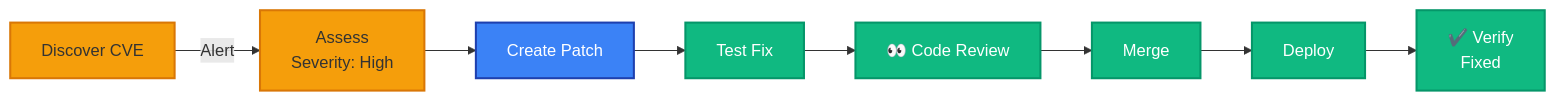
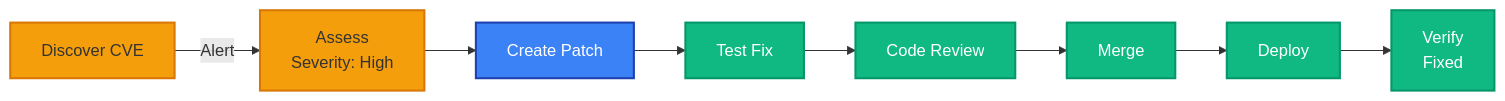
Before and after one commit to Aries-Serpent/_codex_: the second of 2 diagrams in docs/security/SECURITY_ARCHITECTURE.md, drawn with Mermaid. The commit also changed other lines of this file and 4117 other files, not shown here.

````diff
--- a/docs/security/SECURITY_ARCHITECTURE.md
+++ b/docs/security/SECURITY_ARCHITECTURE.md
@@ -223,19 +240,26 @@
 ```mermaid
 graph LR
-    Discover[" Discover CVE"] -->|"Alert"| Assess[" Assess<br/>Severity: High"]
-    Assess --> Patch[" Create Patch"]
-    Patch --> Test[" Test Fix"]
-    Test --> Review["👀 Code Review"]
-    Review --> Merge[" Merge"]
-    Merge --> Deploy[" Deploy"]
-    Deploy --> Verify["✔️ Verify<br/>Fixed"]
 
-    style Discover fill:#f59e0b,stroke:#d97706,stroke-width:2px
-    style Assess fill:#f59e0b,stroke:#d97706,stroke-width:2px
-    style Patch fill:#3b82f6,stroke:#1e40af,stroke-width:2px,color:#fff
-    style Test fill:#10b981,stroke:#059669,stroke-width:2px,color:#fff
-    style Review fill:#10b981,stroke:#059669,stroke-width:2px,color:#fff
-    style Merge fill:#10b981,stroke:#059669,stroke-width:2px,color:#fff
-    style Deploy fill:#10b981,stroke:#059669,stroke-width:2px,color:#fff
-    style Verify fill:#10b981,stroke:#059669,stroke-width:2px,color:#fff
+ Discover[" Discover CVE"] -->|"Alert"| Assess[" Assess<br/>Severity: High"]
+
+ Assess --> Patch[" Create Patch"]
+
+ Patch --> Test[" Test Fix"]
+
+ Test --> Review[" Code Review"]
+
+ Review --> Merge[" Merge"]
+
+ Merge --> Deploy[" Deploy"]
+
+ Deploy --> Verify[" Verify<br/>Fixed"]
+
+ style Discover fill:#f59e0b,stroke:#d97706,stroke-width:2px
+ style Assess fill:#f59e0b,stroke:#d97706,stroke-width:2px
+ style Patch fill:#3b82f6,stroke:#1e40af,stroke-width:2px,color:#fff
+ style Test fill:#10b981,stroke:#059669,stroke-width:2px,color:#fff
+ style Review fill:#10b981,stroke:#059669,stroke-width:2px,color:#fff
+ style Merge fill:#10b981,stroke:#059669,stroke-width:2px,color:#fff
+ style Deploy fill:#10b981,stroke:#059669,stroke-width:2px,color:#fff
+ style Verify fill:#10b981,stroke:#059669,stroke-width:2px,color:#fff
 ```
````
